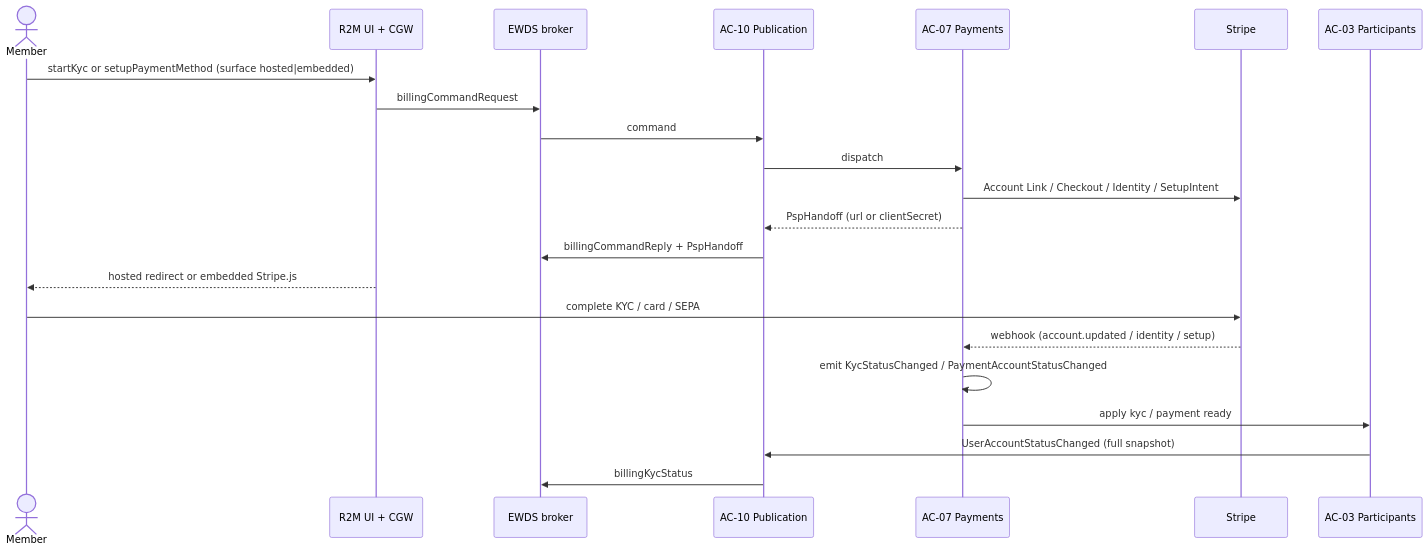
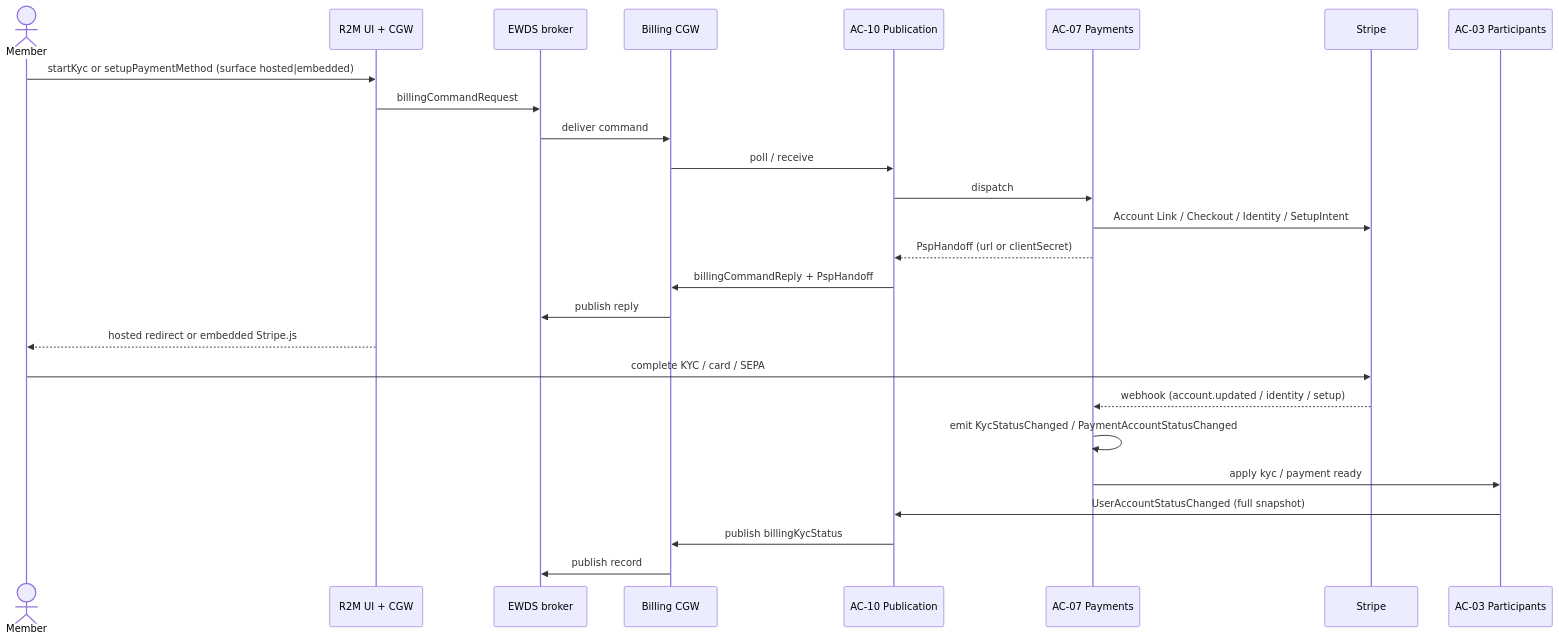
The fourth of 14 diagrams in docs/architecture/07-scenario-flows.md (blooo-io/intelligent-eu-bps-source), drawn with Mermaid before and after one commit. The commit also changed other lines of this file, not shown here.

First line of the commit message:
docs(INT-450): show Billing CGW on every EWDS scenario flow (#224)

````diff
--- a/docs/architecture/07-scenario-flows.md
+++ b/docs/architecture/07-scenario-flows.md
@@ -100,24 +112,28 @@
 ```mermaid
 sequenceDiagram
   actor Member as Member
   participant R2M as R2M UI + CGW
   participant EWDS as EWDS broker
+  participant CGW as Billing CGW
   participant AC10 as AC-10 Publication
   participant AC07 as AC-07 Payments
   participant Stripe as Stripe
   participant AC03 as AC-03 Participants
   Member->>R2M: startKyc or setupPaymentMethod (surface hosted|embedded)
   R2M->>EWDS: billingCommandRequest
-  EWDS->>AC10: command
+  EWDS->>CGW: deliver command
+  CGW->>AC10: poll / receive
   AC10->>AC07: dispatch
   AC07->>Stripe: Account Link / Checkout / Identity / SetupIntent
   AC07-->>AC10: PspHandoff (url or clientSecret)
-  AC10->>EWDS: billingCommandReply + PspHandoff
+  AC10->>CGW: billingCommandReply + PspHandoff
+  CGW->>EWDS: publish reply
   R2M-->>Member: hosted redirect or embedded Stripe.js
   Member->>Stripe: complete KYC / card / SEPA
   Stripe-->>AC07: webhook (account.updated / identity / setup)
   AC07->>AC07: emit KycStatusChanged / PaymentAccountStatusChanged
   AC07->>AC03: apply kyc / payment ready
   AC03->>AC10: UserAccountStatusChanged (full snapshot)
-  AC10->>EWDS: billingKycStatus
+  AC10->>CGW: publish billingKycStatus
+  CGW->>EWDS: publish record
 ```
````
